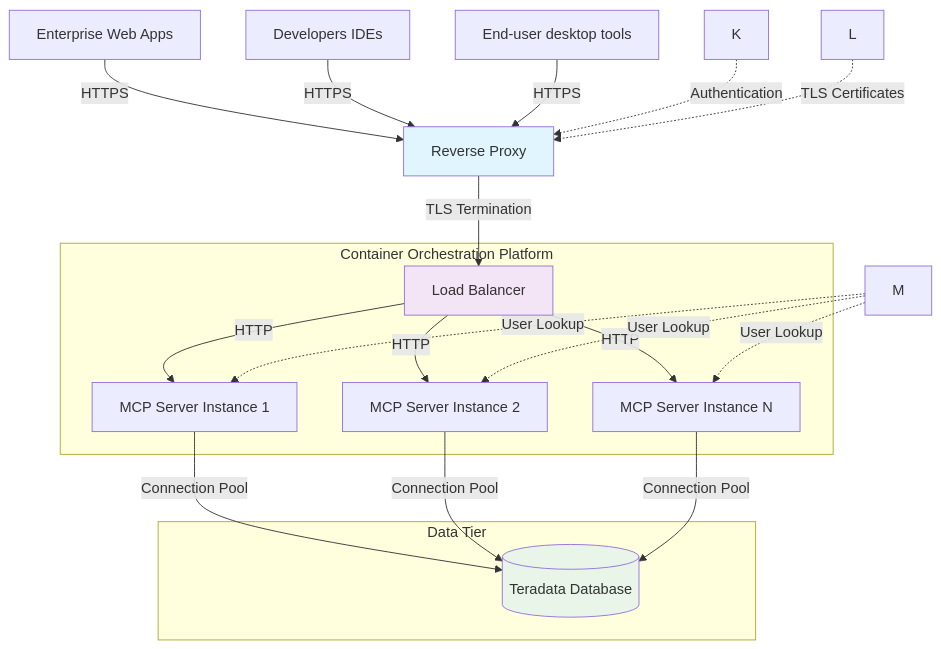
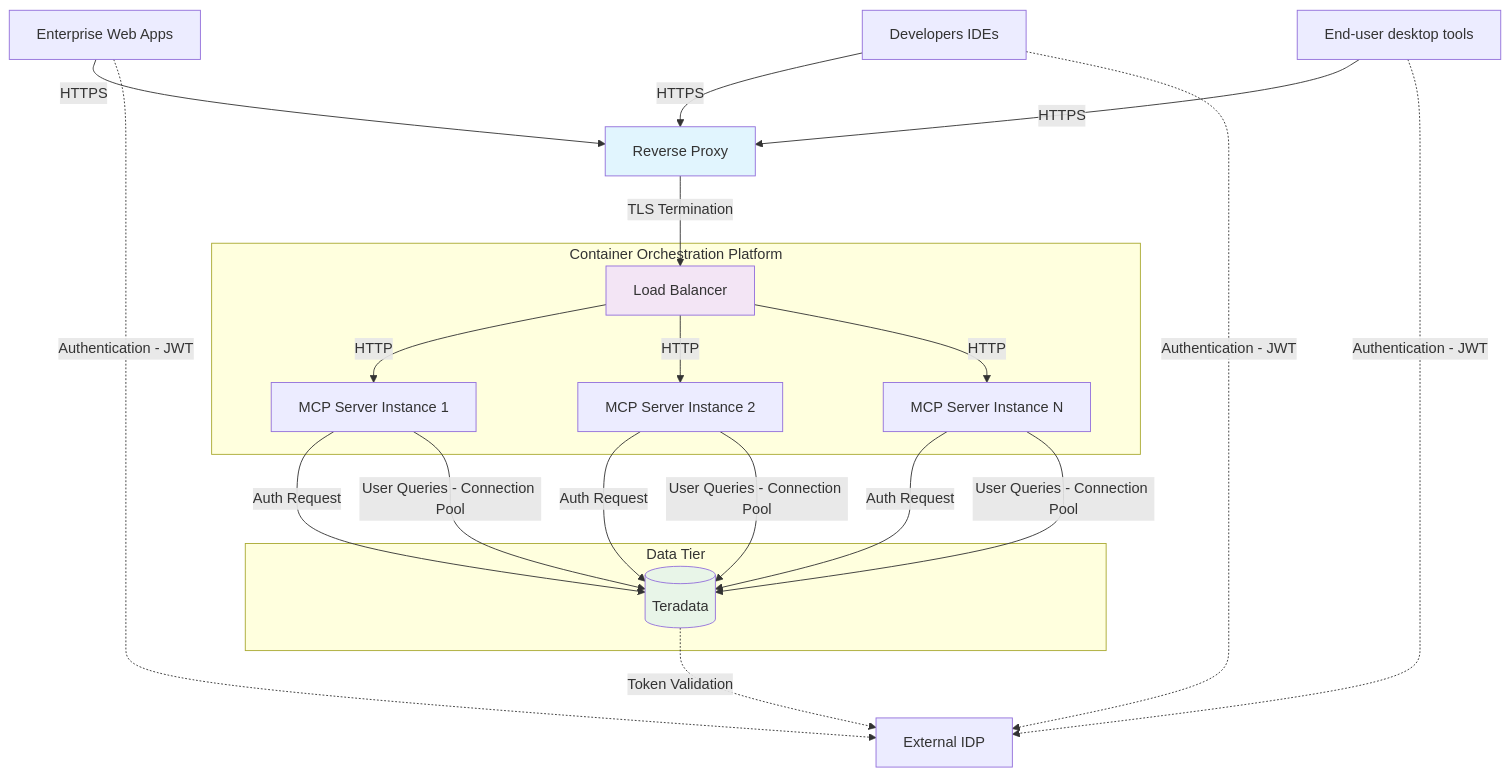
Before and after one commit to Teradata/teradata-mcp-server: the fourth of 5 diagrams in docs/server_guide/ARCHITECTURE.md, drawn with Mermaid. The commit also changed other lines of this file, not shown here.

Commit message:
updated arhchitecture diagrams

````diff
--- a/docs/server_guide/ARCHITECTURE.md
+++ b/docs/server_guide/ARCHITECTURE.md
@@ -144,30 +147,35 @@
 ```mermaid
 flowchart TB
     A[Enterprise Web Apps] -->|HTTPS| B[Reverse Proxy]
     C[Developers IDEs] -->|HTTPS| B
     E[End-user desktop tools] -->|HTTPS| B
     
     B -->|TLS Termination| F[Load Balancer]
     
     subgraph "Container Orchestration Platform"
         F -->|HTTP| G[MCP Server Instance 1]
         F -->|HTTP| H[MCP Server Instance 2]
         F -->|HTTP| I[MCP Server Instance N]
     end
     
     subgraph "Data Tier"
-        G -->|Connection Pool| J[(Teradata Database)]
-        H -->|Connection Pool| J
-        I -->|Connection Pool| J
+        G -->|Auth Request| J[(Teradata)]
+        G -->|User Queries - Connection Pool| J
+        H -->|Auth Request| J
+        H -->|User Queries - Connection Pool| J
+        I -->|Auth Request| J
+        I -->|User Queries - Connection Pool| J
     end
     
-    K -.->|Authentication| B
-    L -.->|TLS Certificates| B
-    M -.->|User Lookup| G
-    M -.->|User Lookup| H
-    M -.->|User Lookup| I
+    K[External IDP]
+    
+    A -.->|Authentication - JWT| K
+    C -.->|Authentication - JWT| K
+    E -.->|Authentication - JWT| K
+    
+    J -.->|Token Validation| K
     
     style B fill:#e1f5fe
     style F fill:#f3e5f5
     style J fill:#e8f5e8
 ```
````
